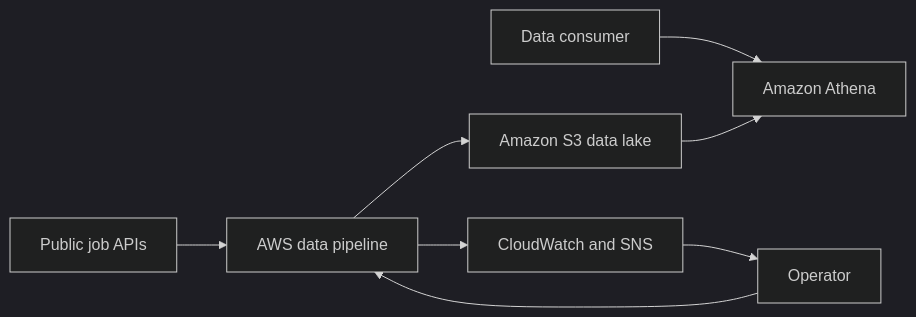
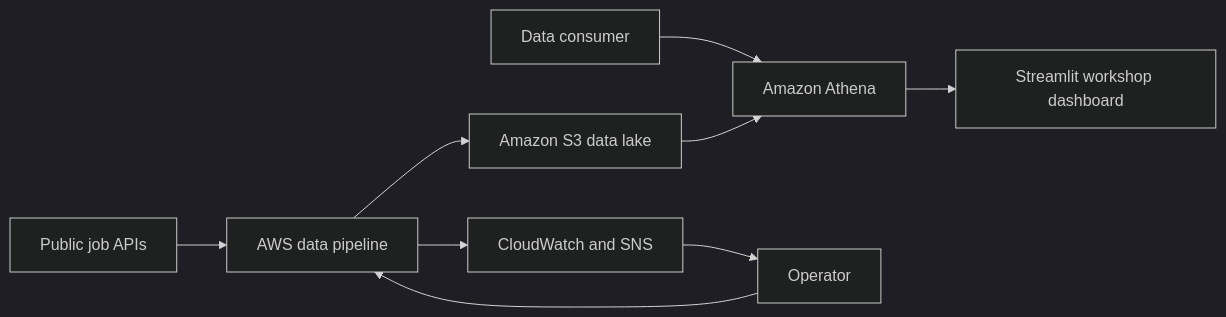
Before and after one commit to Viluoicode/Job-Market-Pipeline-cloud: the first of 2 diagrams in docs/architecture.md, drawn with Mermaid (dark theme). The commit also changed other lines of this file and 19 other files, not shown here.

````diff
--- a/docs/architecture.md
+++ b/docs/architecture.md
@@ -19,10 +19,11 @@
 ```mermaid
 flowchart LR
     USER[Data consumer] --> ATHENA[Amazon Athena]
     APIS[Public job APIs] --> PIPELINE[AWS data pipeline]
     PIPELINE --> LAKE[Amazon S3 data lake]
     LAKE --> ATHENA
+    ATHENA --> DASHBOARD[Streamlit workshop dashboard]
     PIPELINE --> OBS[CloudWatch and SNS]
     OPERATOR[Operator] --> PIPELINE
     OBS --> OPERATOR
 ```
````
